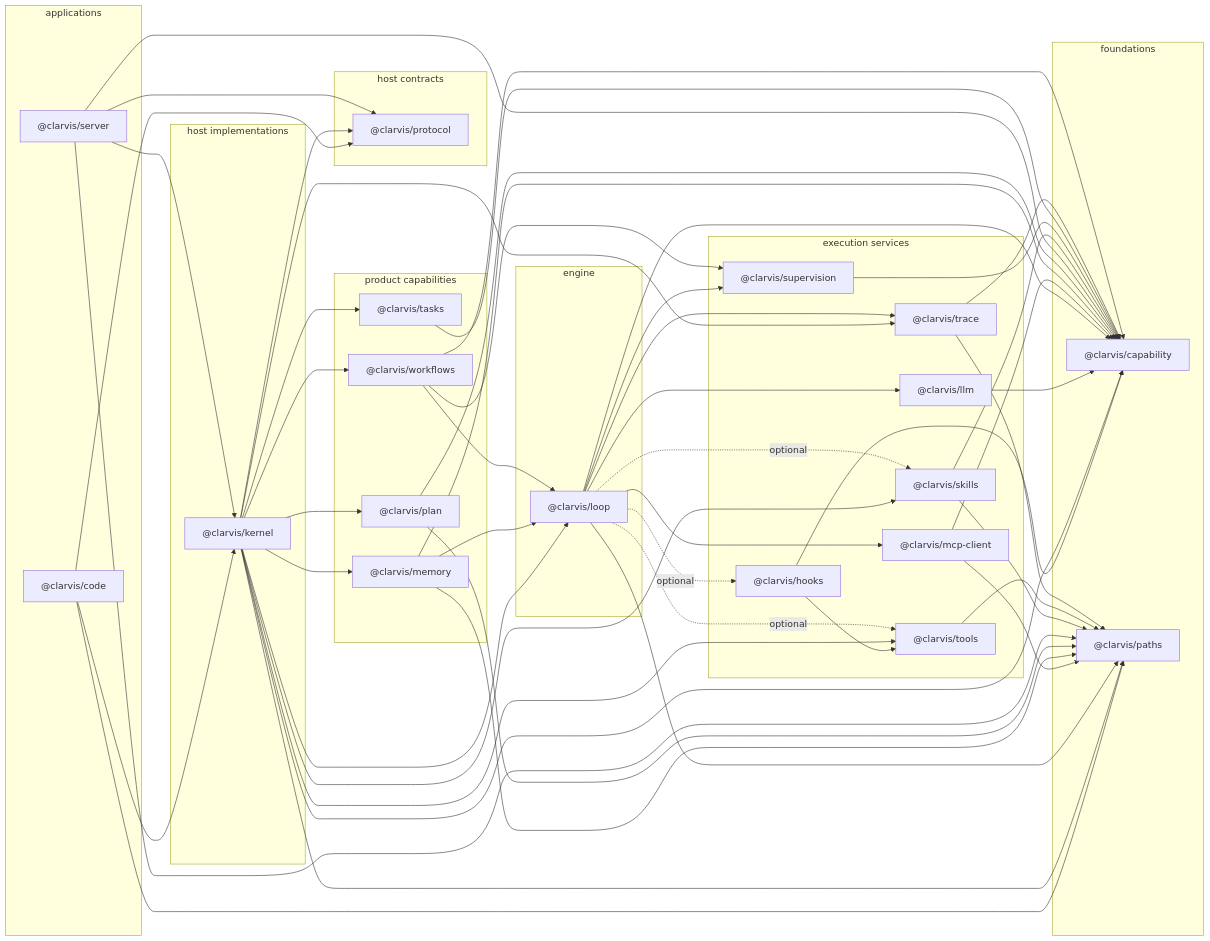
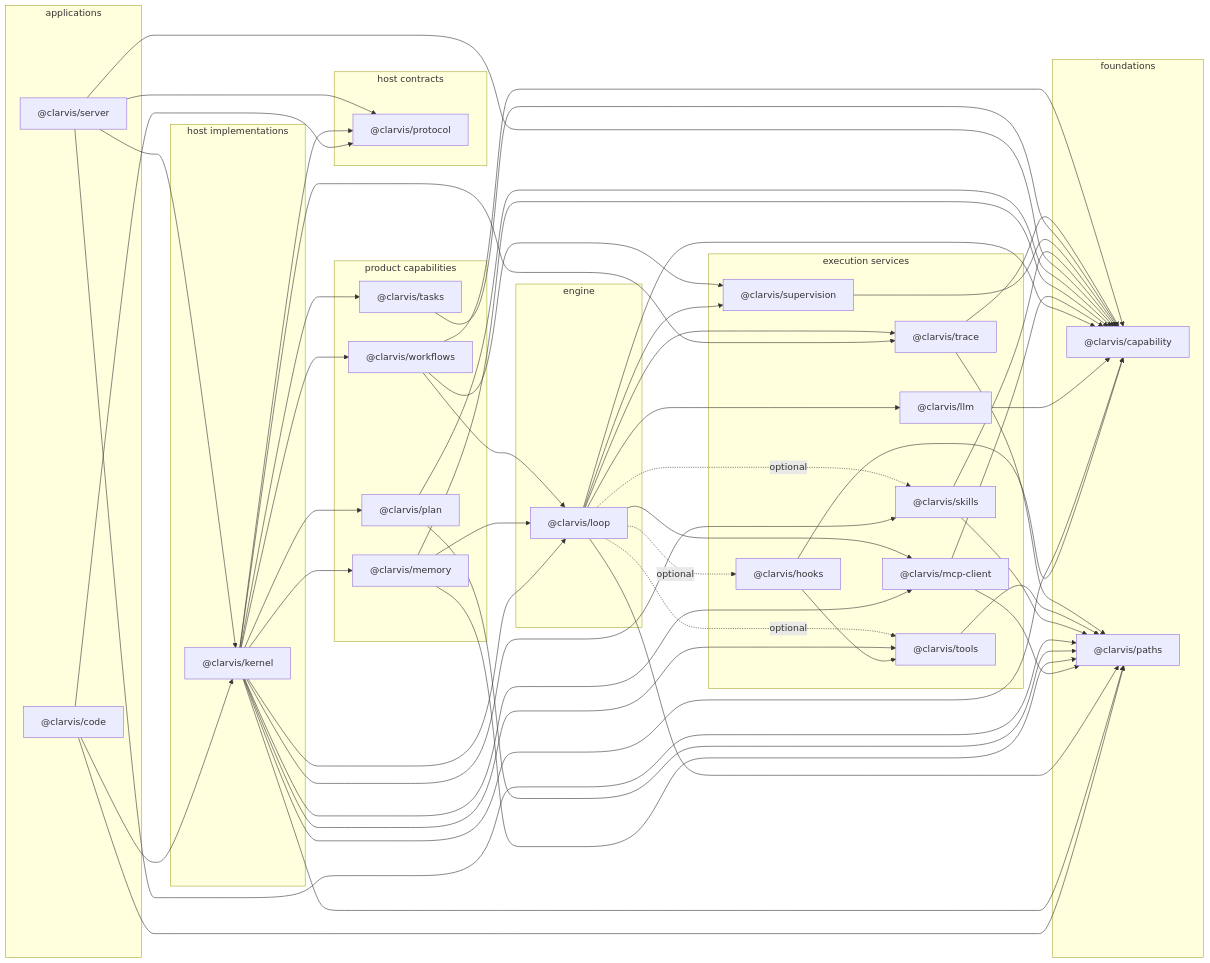
Before and after one commit to getclarvis/clarvis: the diagram in specs/package-coupling-analysis.md, drawn with Mermaid. The commit also changed other lines of this file and 42 other files, not shown here.

```diff
--- a/specs/package-coupling-analysis.md
+++ b/specs/package-coupling-analysis.md
@@ -91,6 +91,7 @@
   hooks --> tools
   kernel --> capability
   kernel --> loop
+  kernel --> mcp_client
   kernel --> memory
   kernel --> paths
   kernel --> plan
```
